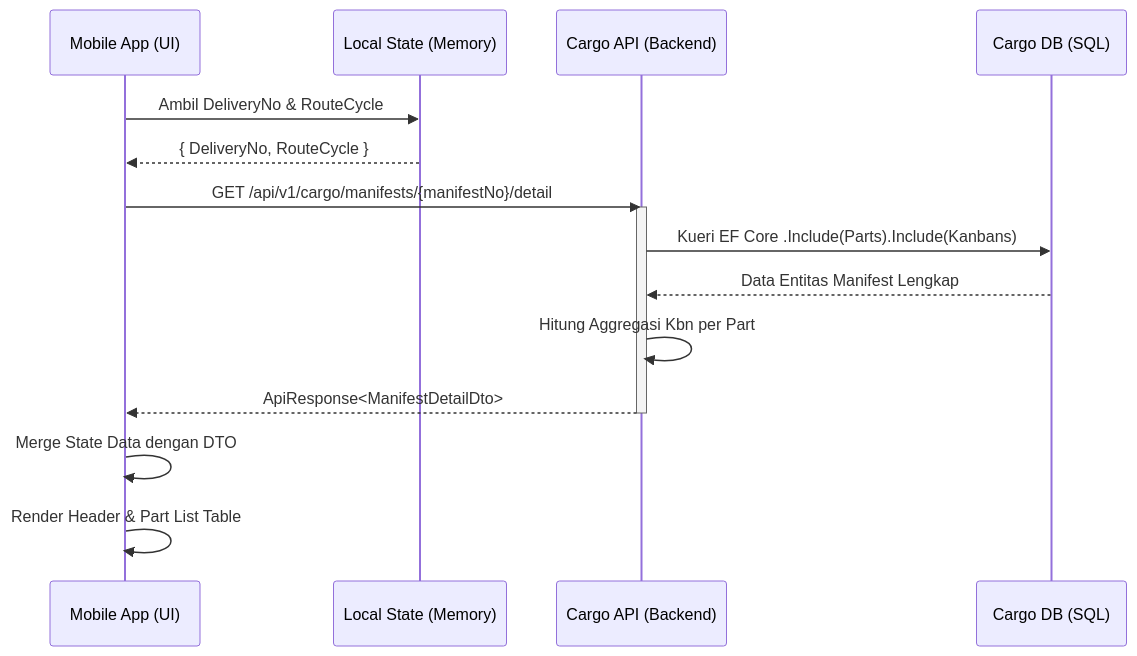
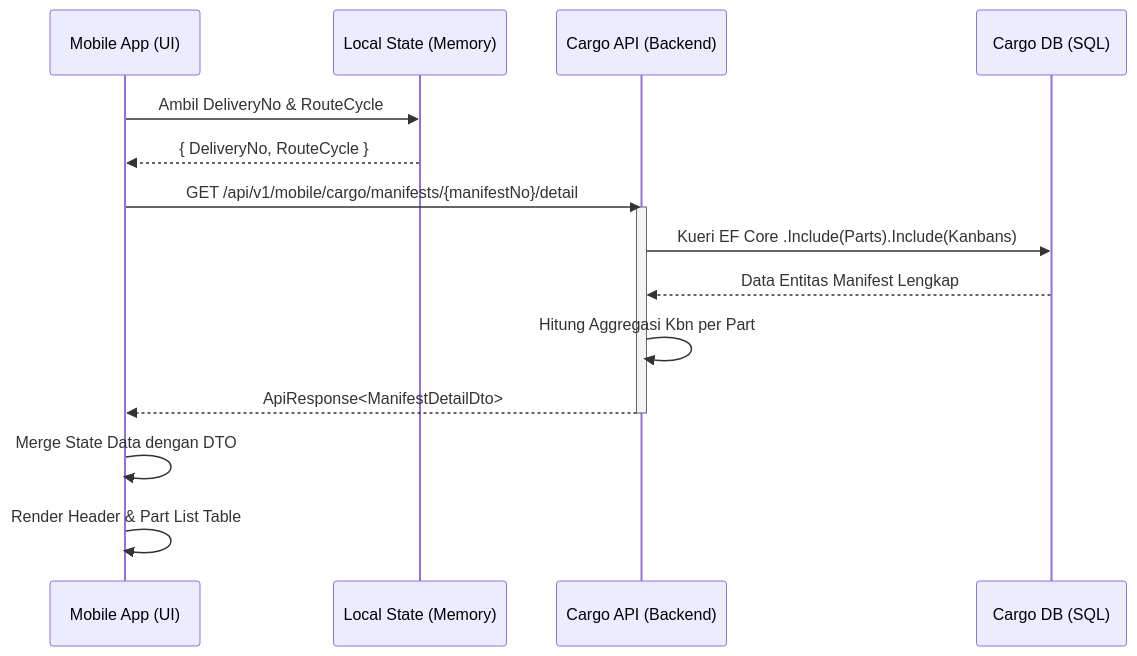
One commit to odealidj/minione-edcl-net changed the diagram in docs/architecture/manifest-detail-system.md. Above: the diagram before and after it, drawn with Mermaid. The commit also changed other lines of this file and 15 other files, not shown here.

````diff
--- a/docs/architecture/manifest-detail-system.md
+++ b/docs/architecture/manifest-detail-system.md
@@ -37,22 +37,22 @@
 ```mermaid
 sequenceDiagram
     participant UI as Mobile App (UI)
     participant State as Local State (Memory)
     participant Cargo as Cargo API (Backend)
     participant DB as Cargo DB (SQL)
 
     UI->>State: Ambil DeliveryNo & RouteCycle
     State-->>UI: { DeliveryNo, RouteCycle }
     
-    UI->>Cargo: GET /api/v1/cargo/manifests/{manifestNo}/detail
+    UI->>Cargo: GET /api/v1/mobile/cargo/manifests/{manifestNo}/detail
     activate Cargo
     Cargo->>DB: Kueri EF Core .Include(Parts).Include(Kanbans)
     DB-->>Cargo: Data Entitas Manifest Lengkap
     
     Cargo->>Cargo: Hitung Aggregasi Kbn per Part
     Cargo-->>UI: ApiResponse<ManifestDetailDto>
     deactivate Cargo
     
     UI->>UI: Merge State Data dengan DTO
     UI->>UI: Render Header & Part List Table
 ```
````
